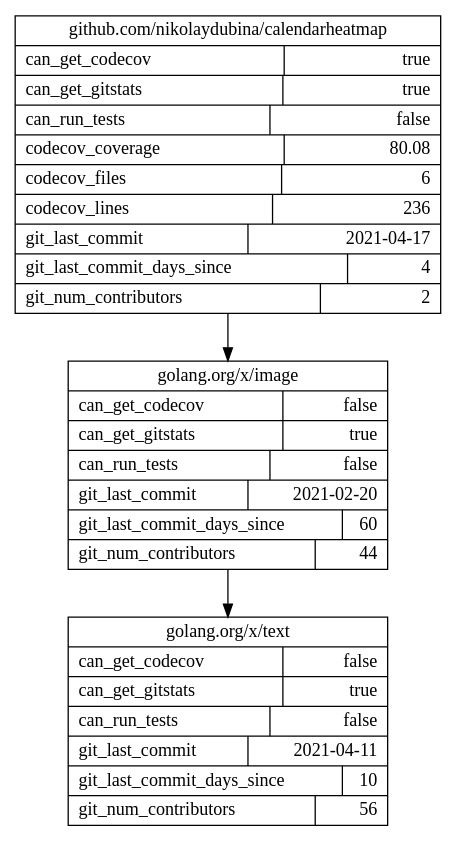
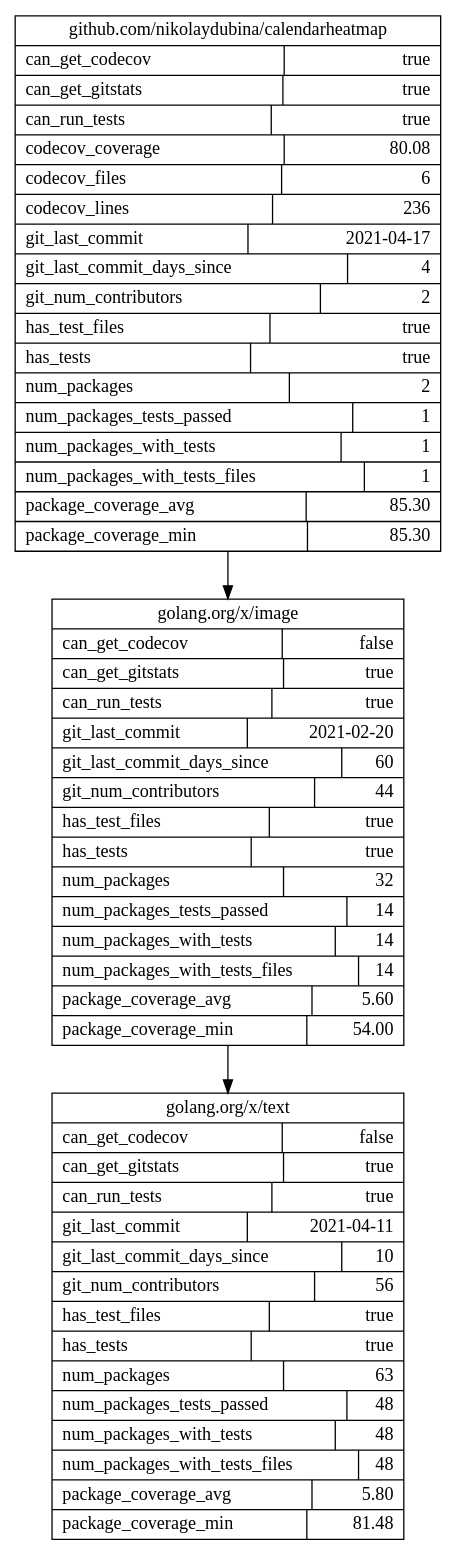
One commit to nikolaydubina/import-graph changed the diagram in docs/calendarheatmap/output.dot. Above: the diagram before and after it, drawn with Graphviz. The commit also changed 4 other files, not shown here.

```diff
--- a/docs/calendarheatmap/output.dot
+++ b/docs/calendarheatmap/output.dot
@@ -1,14 +1,14 @@
 digraph G {
 	concentrate=True;
 	rankdir=TB;
 	node [shape=record];
 	
-	"github.com/nikolaydubina/calendarheatmap" [label="{ github.com/nikolaydubina/calendarheatmap | {can_get_codecov\l | true\r} | {can_get_gitstats\l | true\r} | {can_run_tests\l | false\r} | {codecov_coverage\l | 80.08\r} | {codecov_files\l | 6\r} | {codecov_lines\l | 236\r} | {git_last_commit\l | 2021-04-17\r} | {git_last_commit_days_since\l | 4\r} | {git_num_contributors\l | 2\r} }"];
-	"golang.org/x/image" [label="{ golang.org/x/image | {can_get_codecov\l | false\r} | {can_get_gitstats\l | true\r} | {can_run_tests\l | false\r} | {git_last_commit\l | 2021-02-20\r} | {git_last_commit_days_since\l | 60\r} | {git_num_contributors\l | 44\r} }"];
-	"golang.org/x/text" [label="{ golang.org/x/text | {can_get_codecov\l | false\r} | {can_get_gitstats\l | true\r} | {can_run_tests\l | false\r} | {git_last_commit\l | 2021-04-11\r} | {git_last_commit_days_since\l | 10\r} | {git_num_contributors\l | 56\r} }"];
+	"github.com/nikolaydubina/calendarheatmap" [label="{ github.com/nikolaydubina/calendarheatmap | {can_get_codecov\l | true\r} | {can_get_gitstats\l | true\r} | {can_run_tests\l | true\r} | {codecov_coverage\l | 80.08\r} | {codecov_files\l | 6\r} | {codecov_lines\l | 236\r} | {git_last_commit\l | 2021-04-17\r} | {git_last_commit_days_since\l | 4\r} | {git_num_contributors\l | 2\r} | {has_test_files\l | true\r} | {has_tests\l | true\r} | {num_packages\l | 2\r} | {num_packages_tests_passed\l | 1\r} | {num_packages_with_tests\l | 1\r} | {num_packages_with_tests_files\l | 1\r} | {package_coverage_avg\l | 85.30\r} | {package_coverage_min\l | 85.30\r} }"];
+	"golang.org/x/image" [label="{ golang.org/x/image | {can_get_codecov\l | false\r} | {can_get_gitstats\l | true\r} | {can_run_tests\l | true\r} | {git_last_commit\l | 2021-02-20\r} | {git_last_commit_days_since\l | 60\r} | {git_num_contributors\l | 44\r} | {has_test_files\l | true\r} | {has_tests\l | true\r} | {num_packages\l | 32\r} | {num_packages_tests_passed\l | 14\r} | {num_packages_with_tests\l | 14\r} | {num_packages_with_tests_files\l | 14\r} | {package_coverage_avg\l | 5.60\r} | {package_coverage_min\l | 54.00\r} }"];
+	"golang.org/x/text" [label="{ golang.org/x/text | {can_get_codecov\l | false\r} | {can_get_gitstats\l | true\r} | {can_run_tests\l | true\r} | {git_last_commit\l | 2021-04-11\r} | {git_last_commit_days_since\l | 10\r} | {git_num_contributors\l | 56\r} | {has_test_files\l | true\r} | {has_tests\l | true\r} | {num_packages\l | 63\r} | {num_packages_tests_passed\l | 48\r} | {num_packages_with_tests\l | 48\r} | {num_packages_with_tests_files\l | 48\r} | {package_coverage_avg\l | 5.80\r} | {package_coverage_min\l | 81.48\r} }"];
 	
 
 	"github.com/nikolaydubina/calendarheatmap" -> "golang.org/x/image";
 	"golang.org/x/image" -> "golang.org/x/text";
 	
 }
```
